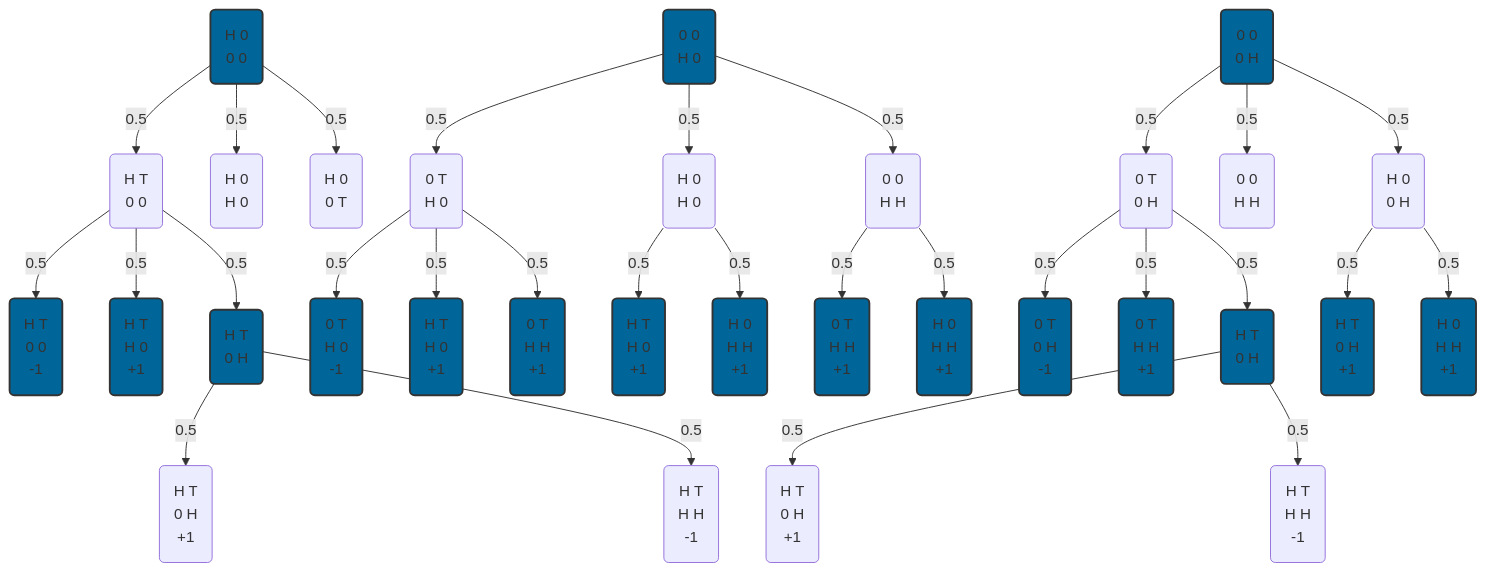
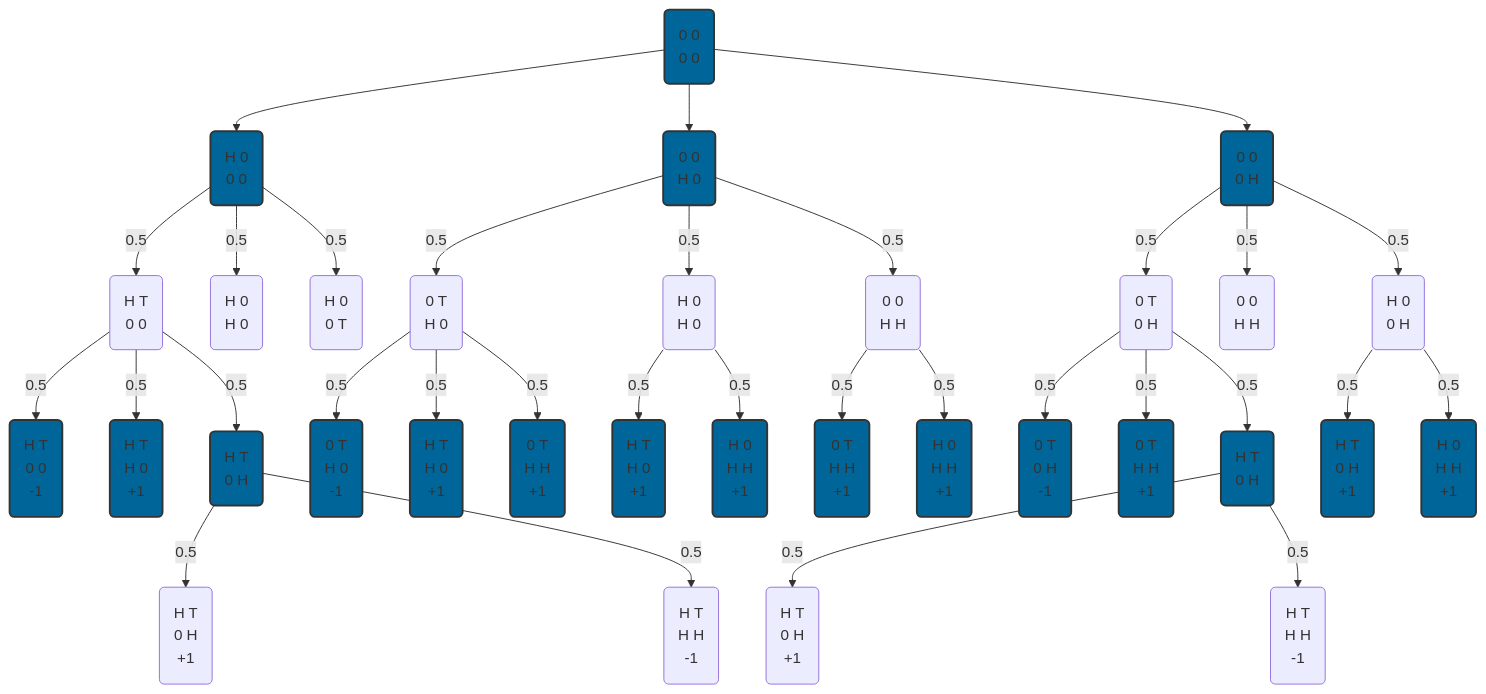
The diagram in week_4/mandatory.md (lucasfth/introduction-to-artificial-intelligence), drawn with Mermaid before and after one commit.

Commit message:
add root node

````diff
--- a/week_4/mandatory.md
+++ b/week_4/mandatory.md
@@ -61,5 +61,11 @@
 ``` mermaid
 flowchart TD
+  max(0 0
+  0 0)
+  max --> max0
+  max --> max1
+  max --> max2
+  style max fill:#006699,stroke:#333,stroke-width:2px;
   style max0 fill:#006699,stroke:#333,stroke-width:2px;
   style max00 fill:#006699,stroke:#333,stroke-width:2px;
   style max01 fill:#006699,stroke:#333,stroke-width:2px;
````
